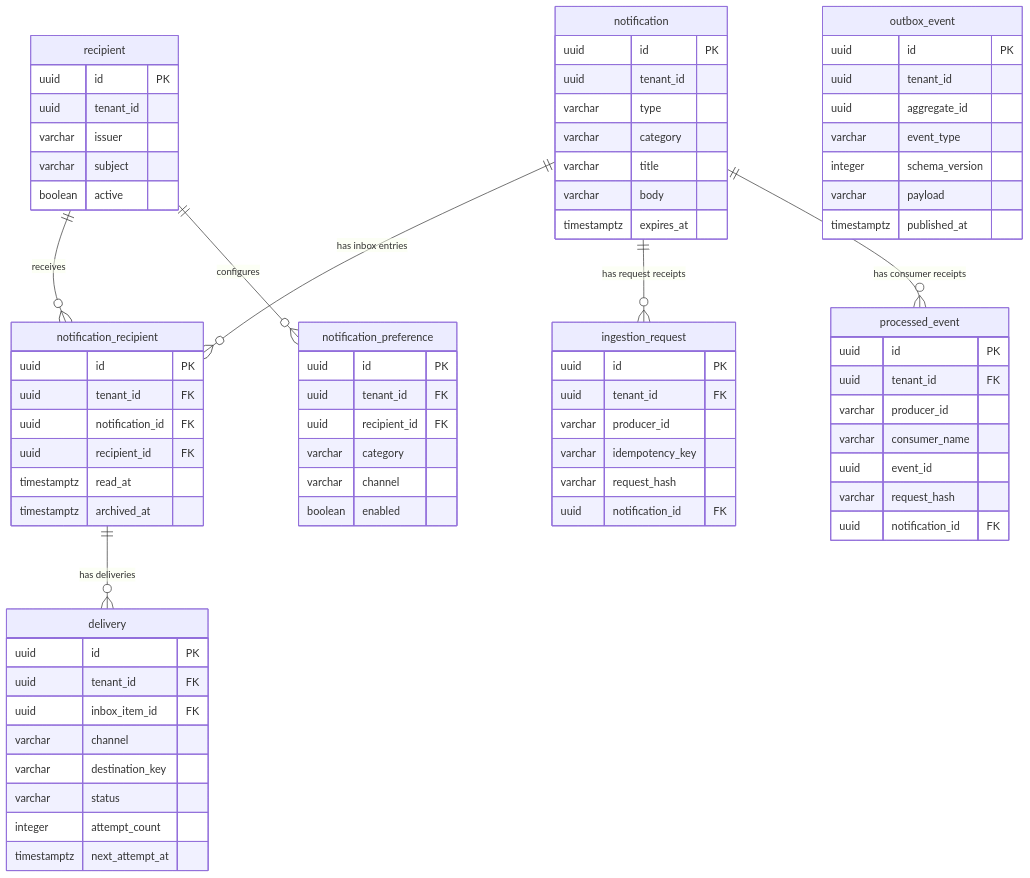
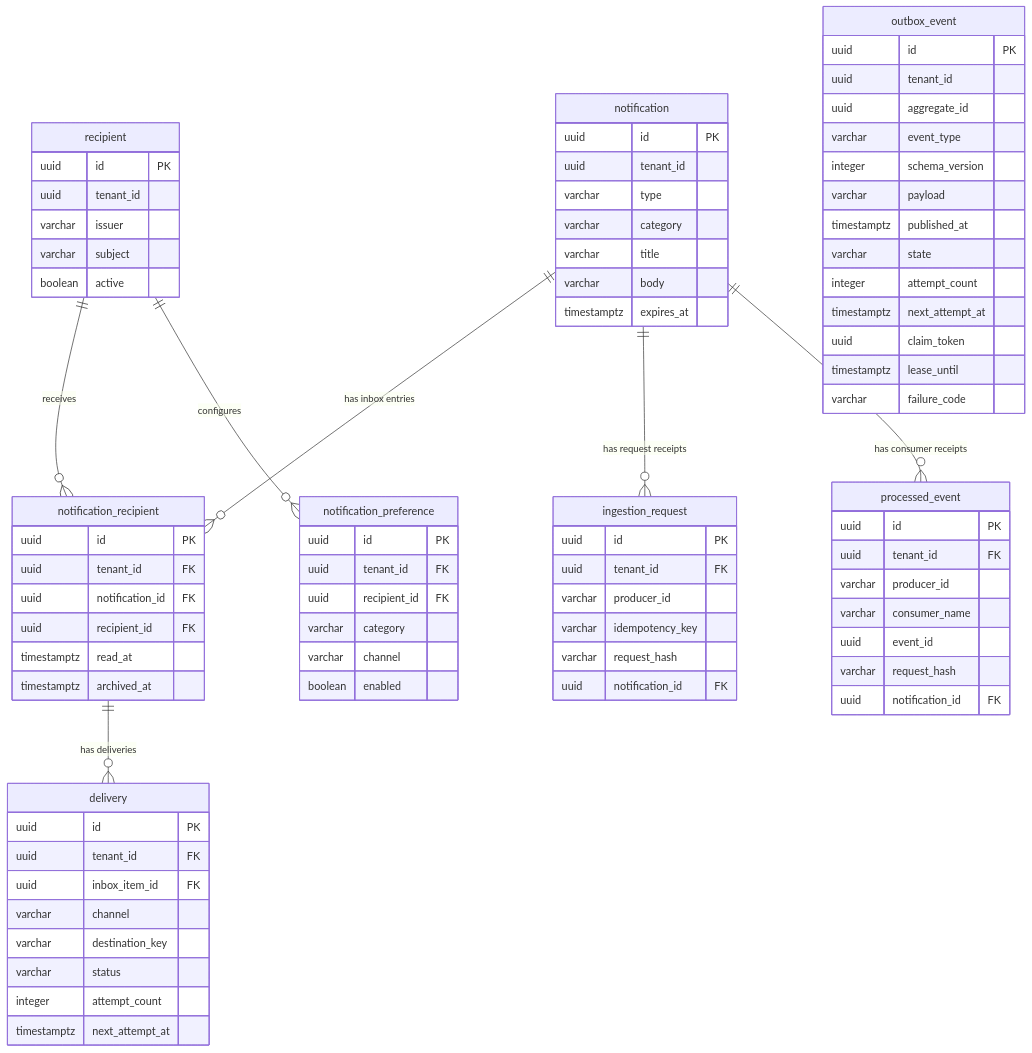
One commit to SattyaPiseth/crud-rest-apis changed the diagram in docs/architecture/er-diagram.md. Above: the diagram before and after it, drawn with Mermaid. The commit also changed other lines of this file and 40 other files, not shown here.

````diff
--- a/docs/architecture/er-diagram.md
+++ b/docs/architecture/er-diagram.md
@@ -83,5 +83,11 @@
         integer schema_version
         varchar payload
         timestamptz published_at
+        varchar state
+        integer attempt_count
+        timestamptz next_attempt_at
+        uuid claim_token
+        timestamptz lease_until
+        varchar failure_code
     }
 ```
````
